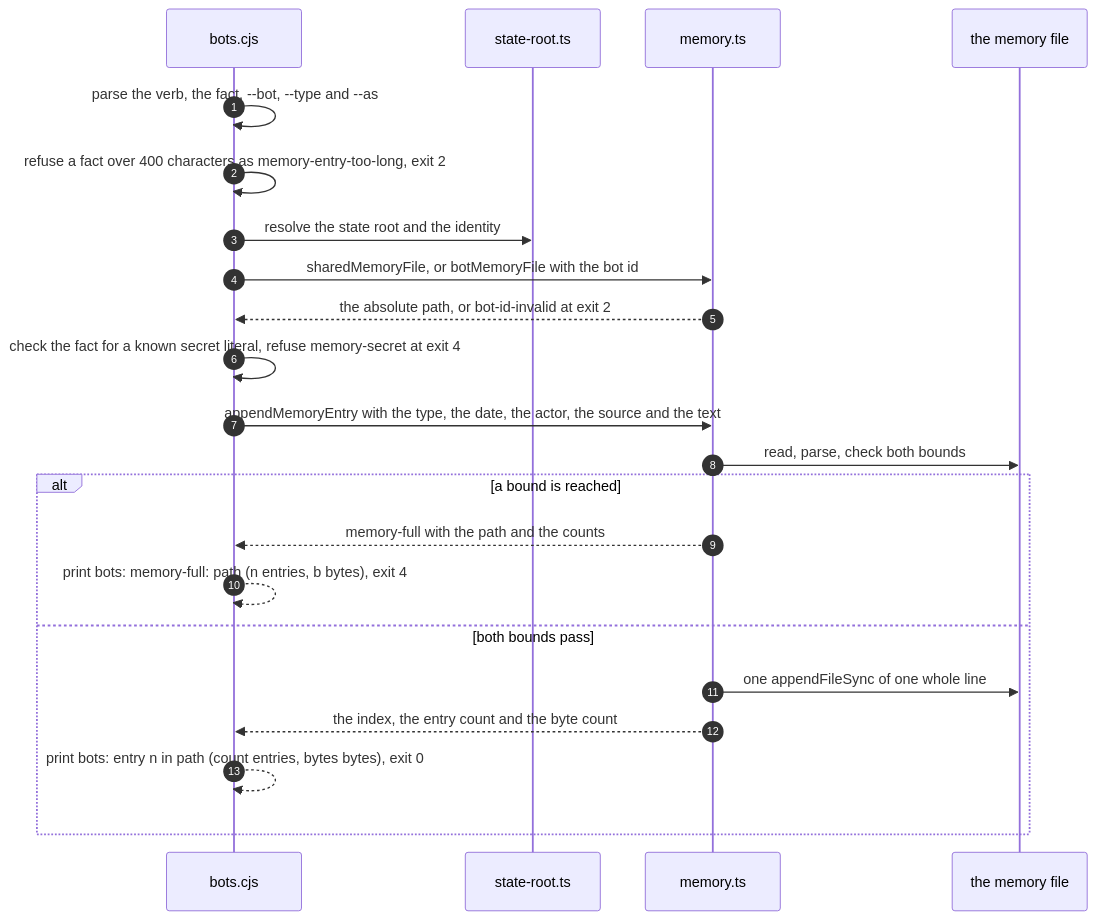
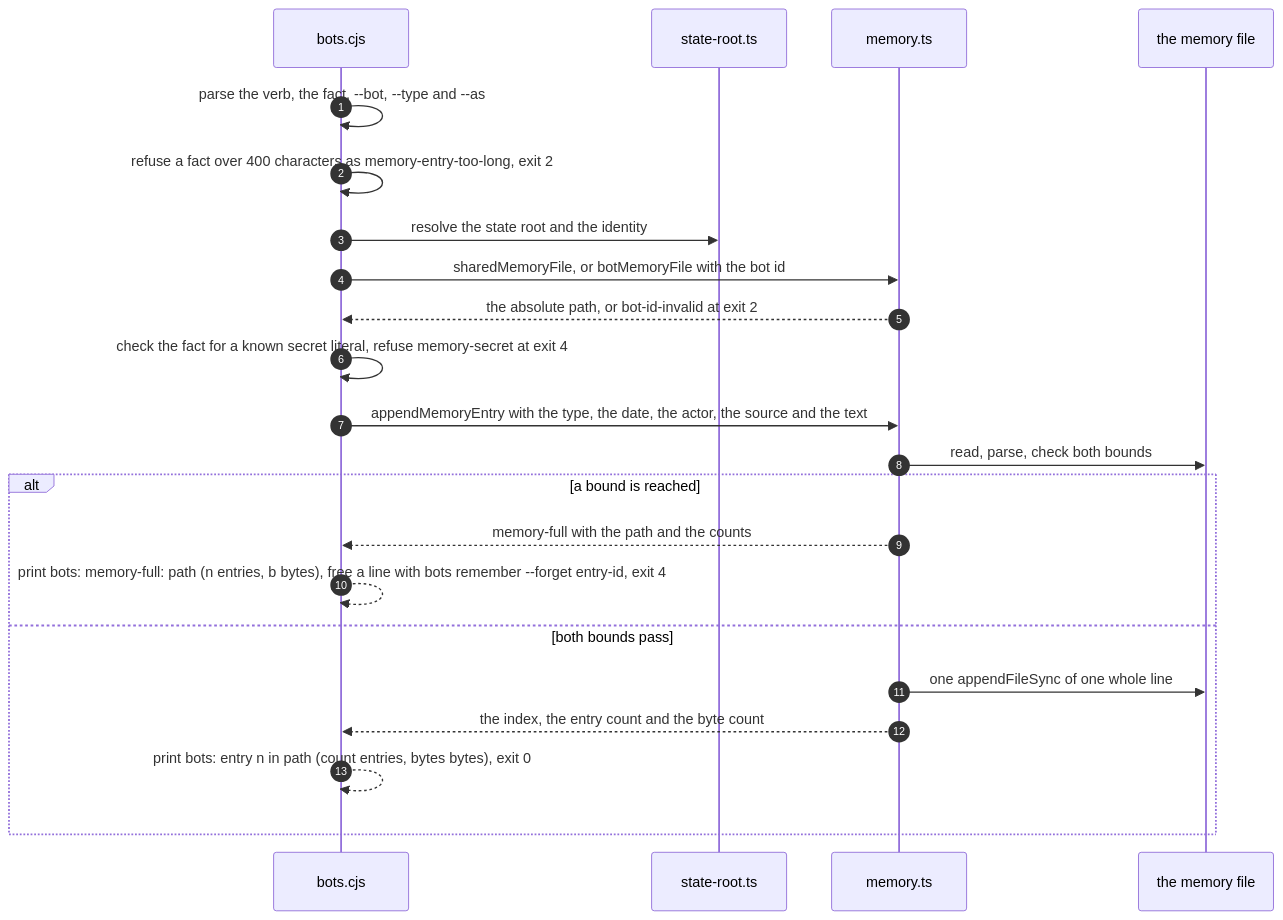
One commit to MichelKerkmeester/skilled-agent-harness_spec-driven-loops changed the fifth of 8 diagrams in specs/system-skilled-bots/003-openbot-parity-build/005-memory/design/state-machines.md. Above: the diagram before and after it, drawn with Mermaid. The commit also changed 145 other files, not shown here.

````diff
--- a/specs/system-skilled-bots/003-openbot-parity-build/005-memory/design/state-machines.md
+++ b/specs/system-skilled-bots/003-openbot-parity-build/005-memory/design/state-machines.md
@@ -175,24 +175,24 @@
 ```mermaid
 sequenceDiagram
   autonumber
   participant Cl as bots.cjs
   participant Sr as state-root.ts
   participant Mm as memory.ts
   participant Fs as the memory file
   Cl->>Cl: parse the verb, the fact, --bot, --type and --as
   Cl->>Cl: refuse a fact over 400 characters as memory-entry-too-long, exit 2
   Cl->>Sr: resolve the state root and the identity
   Cl->>Mm: sharedMemoryFile, or botMemoryFile with the bot id
   Mm-->>Cl: the absolute path, or bot-id-invalid at exit 2
   Cl->>Cl: check the fact for a known secret literal, refuse memory-secret at exit 4
   Cl->>Mm: appendMemoryEntry with the type, the date, the actor, the source and the text
   Mm->>Fs: read, parse, check both bounds
   alt a bound is reached
     Mm-->>Cl: memory-full with the path and the counts
-    Cl-->>Cl: print bots: memory-full: path (n entries, b bytes), exit 4
+    Cl-->>Cl: print bots: memory-full: path (n entries, b bytes), free a line with bots remember --forget entry-id, exit 4
   else both bounds pass
     Mm->>Fs: one appendFileSync of one whole line
     Mm-->>Cl: the index, the entry count and the byte count
     Cl-->>Cl: print bots: entry n in path (count entries, bytes bytes), exit 0
   end
 ```
````
